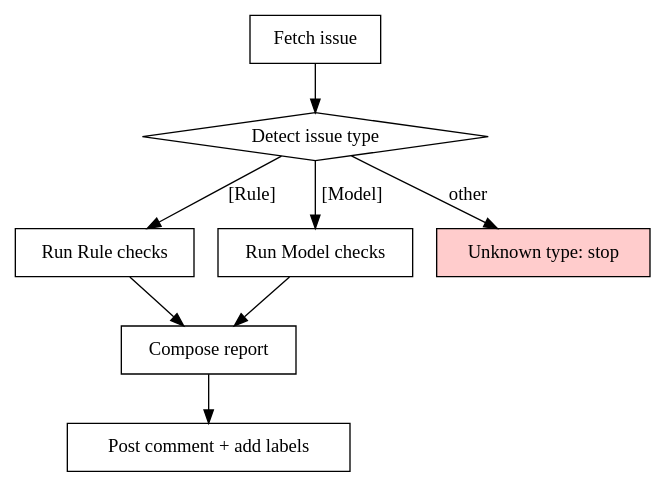
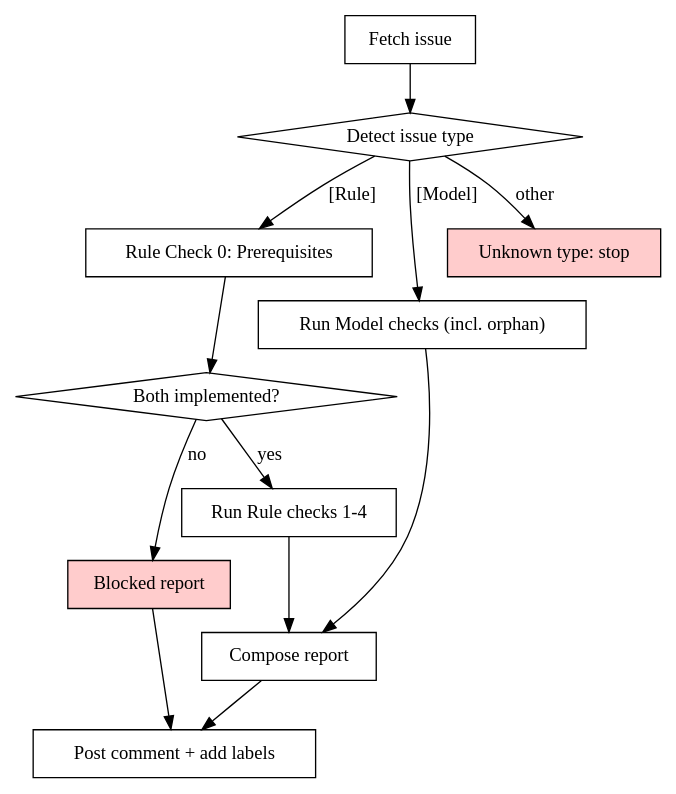
The diagram in .claude/skills/check-issue/SKILL.md (CodingThrust/problem-reductions), drawn with Graphviz before and after one commit. The commit also changed other lines of this file, not shown here.

First line of the commit message:
feat: add prerequisite gate and orphan check to check-issue skill (#264)

````diff
--- a/.claude/skills/check-issue/SKILL.md
+++ b/.claude/skills/check-issue/SKILL.md
@@ -18,20 +18,27 @@
 ```dot
 digraph check_issue {
     rankdir=TB;
     "Fetch issue" [shape=box];
     "Detect issue type" [shape=diamond];
-    "Run Rule checks" [shape=box];
-    "Run Model checks" [shape=box];
+    "Rule Check 0: Prerequisites" [shape=box];
+    "Both implemented?" [shape=diamond];
+    "Run Rule checks 1-4" [shape=box];
+    "Blocked report" [shape=box, style=filled, fillcolor="#ffcccc"];
+    "Run Model checks (incl. orphan)" [shape=box];
     "Unknown type: stop" [shape=box, style=filled, fillcolor="#ffcccc"];
     "Compose report" [shape=box];
     "Post comment + add labels" [shape=box];
 
     "Fetch issue" -> "Detect issue type";
-    "Detect issue type" -> "Run Rule checks" [label="[Rule]"];
-    "Detect issue type" -> "Run Model checks" [label="[Model]"];
+    "Detect issue type" -> "Rule Check 0: Prerequisites" [label="[Rule]"];
+    "Detect issue type" -> "Run Model checks (incl. orphan)" [label="[Model]"];
     "Detect issue type" -> "Unknown type: stop" [label="other"];
-    "Run Rule checks" -> "Compose report";
-    "Run Model checks" -> "Compose report";
+    "Rule Check 0: Prerequisites" -> "Both implemented?";
+    "Both implemented?" -> "Run Rule checks 1-4" [label="yes"];
+    "Both implemented?" -> "Blocked report" [label="no"];
+    "Blocked report" -> "Post comment + add labels";
+    "Run Rule checks 1-4" -> "Compose report";
+    "Run Model checks (incl. orphan)" -> "Compose report";
     "Compose report" -> "Post comment + add labels";
 }
 ```
````
